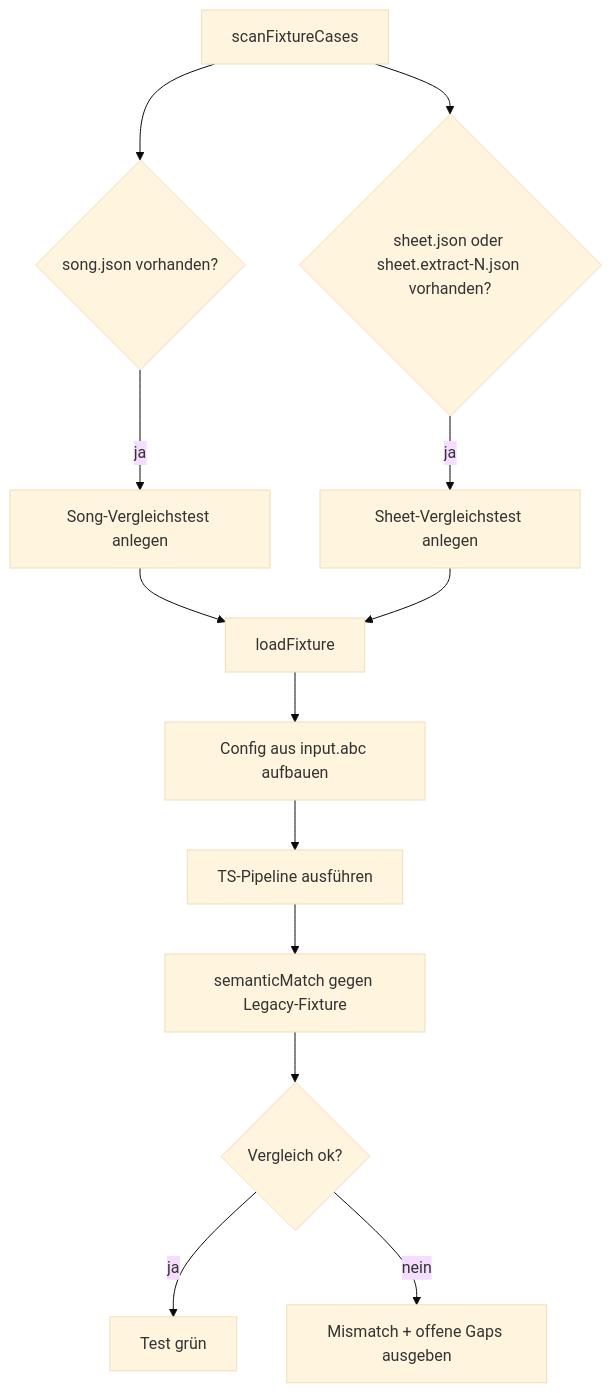
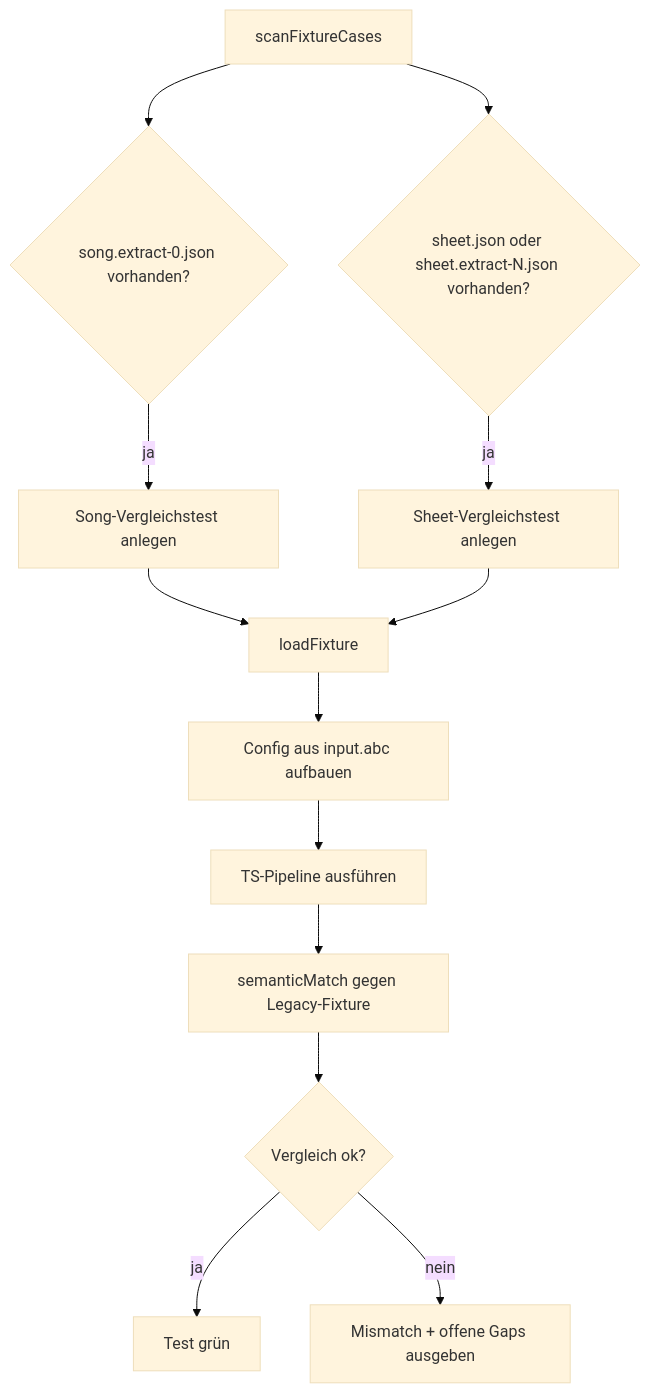
Before and after one commit to bwl21/zupfnoter-ts: the first of 4 diagrams in docs/testing/fixture-driven-testing.md, drawn with Mermaid (base theme). The commit also changed other lines of this file and 43 other files, not shown here.

First line of the commit message:
test: switch song fixtures to extract-0 references

````diff
--- a/docs/testing/fixture-driven-testing.md
+++ b/docs/testing/fixture-driven-testing.md
@@ -74,15 +74,15 @@
 ```mermaid
 flowchart TD
-  A[scanFixtureCases] --> B{song.json vorhanden?}
+  A[scanFixtureCases] --> B{song.extract-0.json vorhanden?}
   A --> C{sheet.json oder sheet.extract-N.json vorhanden?}
   B -->|ja| D[Song-Vergleichstest anlegen]
   C -->|ja| E[Sheet-Vergleichstest anlegen]
   D --> F[loadFixture]
   E --> F
   F --> G[Config aus input.abc aufbauen]
   G --> H[TS-Pipeline ausführen]
   H --> I[semanticMatch gegen Legacy-Fixture]
   I --> J{Vergleich ok?}
   J -->|ja| K[Test grün]
   J -->|nein| L[Mismatch + offene Gaps ausgeben]
 ```
````
